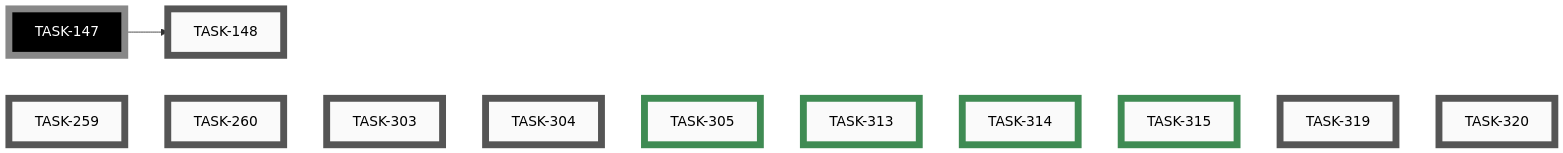
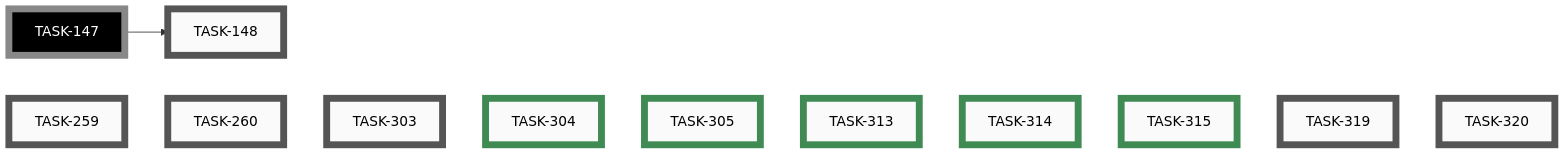
The seventh of 7 diagrams in docs/developers/tasks/EPICS.md (tgd1975/AwesomeStudioPedal), drawn with Mermaid before and after one commit. The commit also changed other lines of this file and 6 other files, not shown here.

Commit message:
close TASK-304: Simulator pedal buttons must not react to mouse hover

````diff
--- a/docs/developers/tasks/EPICS.md
+++ b/docs/developers/tasks/EPICS.md
@@ -242,36 +242,36 @@
 ```mermaid
 graph LR
     TASK_148["TASK-148"]:::open
     TASK_259["TASK-259"]:::open
     TASK_260["TASK-260"]:::open
     TASK_303["TASK-303"]:::open
-    TASK_304["TASK-304"]:::open
     TASK_319["TASK-319"]:::open
     TASK_320["TASK-320"]:::open
+    TASK_304["TASK-304"]:::closed
     TASK_305["TASK-305"]:::closed
     TASK_313["TASK-313"]:::closed
     TASK_314["TASK-314"]:::closed
     TASK_315["TASK-315"]:::closed
     TASK_147["TASK-147"]:::openExt
     TASK_147 --> TASK_148
     TASK_259 ~~~ TASK_260 ~~~ TASK_303 ~~~ TASK_304 ~~~ TASK_305 ~~~ TASK_313 ~~~ TASK_314 ~~~ TASK_315 ~~~ TASK_319 ~~~ TASK_320
     click TASK_148 "open/task-148-reorganise-developer-documentation.md"
     click TASK_259 "open/task-259-android-app-test-protocol.md"
     click TASK_260 "open/task-260-unify-version-numbers-across-deliverables.md"
     click TASK_303 "open/task-303-simulator-boots-with-demo-loaded.md"
-    click TASK_304 "open/task-304-simulator-button-no-hover-reaction.md"
     click TASK_319 "open/task-319-remove-wireviz-precommit-block.md"
     click TASK_320 "open/task-320-remove-ble-flag-precommit-check.md"
+    click TASK_304 "closed/task-304-simulator-button-no-hover-reaction.md"
     click TASK_305 "closed/task-305-add-category-field-to-ideas.md"
     click TASK_313 "closed/task-313-emoji-icons-for-idea-categories.md"
     click TASK_314 "closed/task-314-nbsp-between-icon-and-category.md"
     click TASK_315 "closed/task-315-idea-sub-file-naming-convention.md"
     classDef open    fill:#FAFAFA,stroke:#555,stroke-width:8px,color:#000
     classDef active  fill:#FAFAFA,stroke:#1A6FA8,stroke-width:8px,color:#000
     classDef closed  fill:#FAFAFA,stroke:#3F8B53,stroke-width:8px,color:#000
     classDef paused  fill:#FAFAFA,stroke:#B07810,stroke-width:8px,color:#000
     classDef openExt    fill:#000,stroke:#888,stroke-width:8px,color:#FFF
     classDef activeExt  fill:#000,stroke:#3FA9F5,stroke-width:8px,color:#FFF
     classDef closedExt  fill:#000,stroke:#7CC68A,stroke-width:8px,color:#FFF
     classDef pausedExt  fill:#000,stroke:#F0B030,stroke-width:8px,color:#FFF
 ```
````
